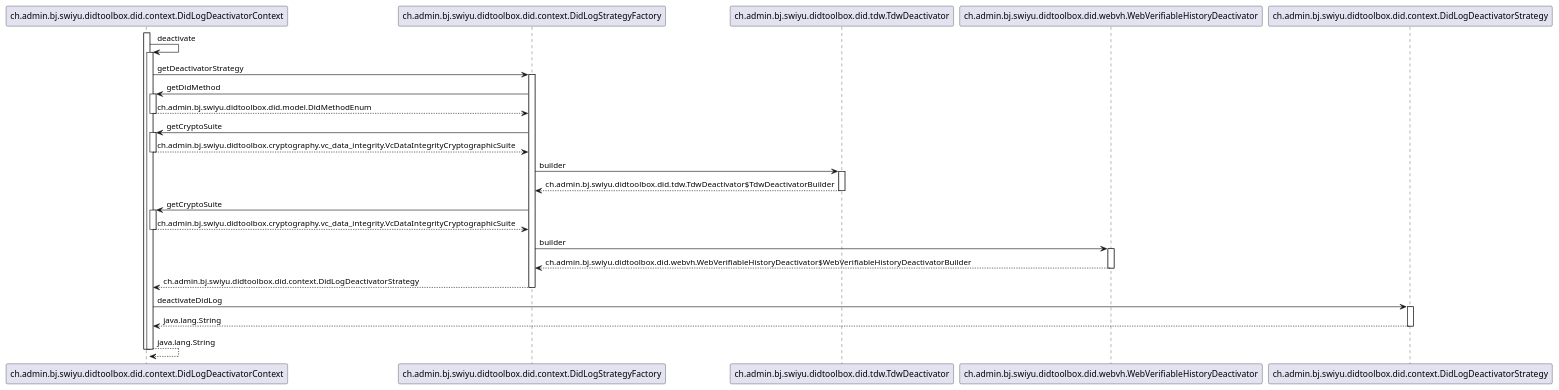
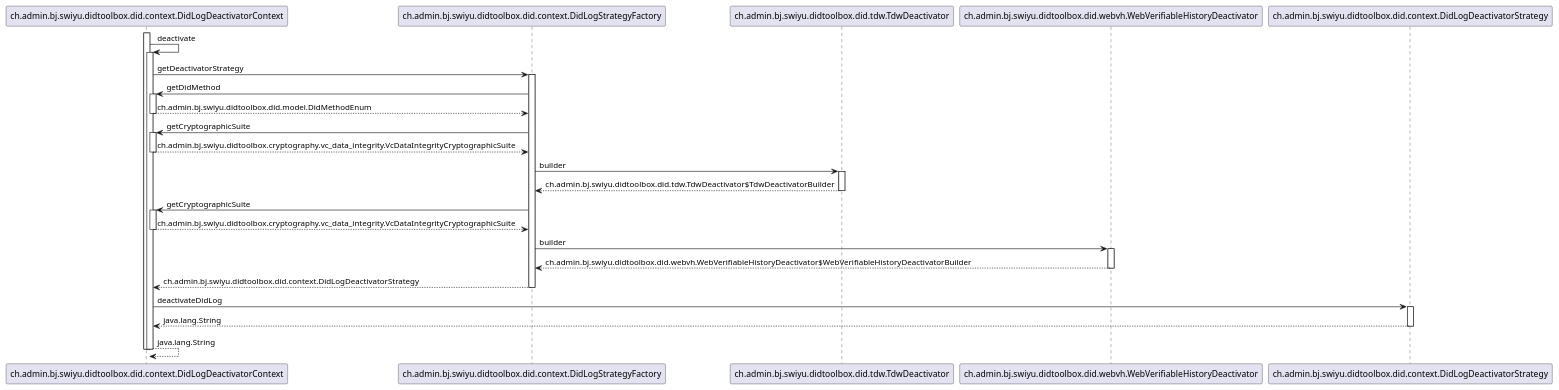
Before and after one commit to swiyu-admin-ch/didtoolbox-java: the diagram in src/main/plantuml/DidLogDeactivatorContext-deactivate.puml, drawn with PlantUML. The commit also changed 50 other files, not shown here.

```diff
--- a/src/main/plantuml/DidLogDeactivatorContext-deactivate.puml
+++ b/src/main/plantuml/DidLogDeactivatorContext-deactivate.puml
@@ -2,44 +2,44 @@
 @startuml
 
 participant ch.admin.bj.swiyu.didtoolbox.did.context.DidLogDeactivatorContext
 participant ch.admin.bj.swiyu.didtoolbox.did.context.DidLogStrategyFactory
 participant ch.admin.bj.swiyu.didtoolbox.did.tdw.TdwDeactivator
 participant ch.admin.bj.swiyu.didtoolbox.did.webvh.WebVerifiableHistoryDeactivator
 participant ch.admin.bj.swiyu.didtoolbox.did.context.DidLogDeactivatorStrategy
 
 activate ch.admin.bj.swiyu.didtoolbox.did.context.DidLogDeactivatorContext
 	ch.admin.bj.swiyu.didtoolbox.did.context.DidLogDeactivatorContext -> ch.admin.bj.swiyu.didtoolbox.did.context.DidLogDeactivatorContext : deactivate
 	activate ch.admin.bj.swiyu.didtoolbox.did.context.DidLogDeactivatorContext
 		ch.admin.bj.swiyu.didtoolbox.did.context.DidLogDeactivatorContext -> ch.admin.bj.swiyu.didtoolbox.did.context.DidLogStrategyFactory : getDeactivatorStrategy
 		activate ch.admin.bj.swiyu.didtoolbox.did.context.DidLogStrategyFactory
 			ch.admin.bj.swiyu.didtoolbox.did.context.DidLogStrategyFactory -> ch.admin.bj.swiyu.didtoolbox.did.context.DidLogDeactivatorContext : getDidMethod
 			activate ch.admin.bj.swiyu.didtoolbox.did.context.DidLogDeactivatorContext
 				ch.admin.bj.swiyu.didtoolbox.did.context.DidLogDeactivatorContext --> ch.admin.bj.swiyu.didtoolbox.did.context.DidLogStrategyFactory : ch.admin.bj.swiyu.didtoolbox.did.model.DidMethodEnum
 			deactivate ch.admin.bj.swiyu.didtoolbox.did.context.DidLogDeactivatorContext
-			ch.admin.bj.swiyu.didtoolbox.did.context.DidLogStrategyFactory -> ch.admin.bj.swiyu.didtoolbox.did.context.DidLogDeactivatorContext : getCryptoSuite
+			ch.admin.bj.swiyu.didtoolbox.did.context.DidLogStrategyFactory -> ch.admin.bj.swiyu.didtoolbox.did.context.DidLogDeactivatorContext : getCryptographicSuite
 			activate ch.admin.bj.swiyu.didtoolbox.did.context.DidLogDeactivatorContext
 				ch.admin.bj.swiyu.didtoolbox.did.context.DidLogDeactivatorContext --> ch.admin.bj.swiyu.didtoolbox.did.context.DidLogStrategyFactory : ch.admin.bj.swiyu.didtoolbox.cryptography.vc_data_integrity.VcDataIntegrityCryptographicSuite
 			deactivate ch.admin.bj.swiyu.didtoolbox.did.context.DidLogDeactivatorContext
 			ch.admin.bj.swiyu.didtoolbox.did.context.DidLogStrategyFactory -> ch.admin.bj.swiyu.didtoolbox.did.tdw.TdwDeactivator : builder
 			activate ch.admin.bj.swiyu.didtoolbox.did.tdw.TdwDeactivator
 				ch.admin.bj.swiyu.didtoolbox.did.tdw.TdwDeactivator --> ch.admin.bj.swiyu.didtoolbox.did.context.DidLogStrategyFactory : ch.admin.bj.swiyu.didtoolbox.did.tdw.TdwDeactivator$TdwDeactivatorBuilder
 			deactivate ch.admin.bj.swiyu.didtoolbox.did.tdw.TdwDeactivator
-			ch.admin.bj.swiyu.didtoolbox.did.context.DidLogStrategyFactory -> ch.admin.bj.swiyu.didtoolbox.did.context.DidLogDeactivatorContext : getCryptoSuite
+			ch.admin.bj.swiyu.didtoolbox.did.context.DidLogStrategyFactory -> ch.admin.bj.swiyu.didtoolbox.did.context.DidLogDeactivatorContext : getCryptographicSuite
 			activate ch.admin.bj.swiyu.didtoolbox.did.context.DidLogDeactivatorContext
 				ch.admin.bj.swiyu.didtoolbox.did.context.DidLogDeactivatorContext --> ch.admin.bj.swiyu.didtoolbox.did.context.DidLogStrategyFactory : ch.admin.bj.swiyu.didtoolbox.cryptography.vc_data_integrity.VcDataIntegrityCryptographicSuite
 			deactivate ch.admin.bj.swiyu.didtoolbox.did.context.DidLogDeactivatorContext
 			ch.admin.bj.swiyu.didtoolbox.did.context.DidLogStrategyFactory -> ch.admin.bj.swiyu.didtoolbox.did.webvh.WebVerifiableHistoryDeactivator : builder
 			activate ch.admin.bj.swiyu.didtoolbox.did.webvh.WebVerifiableHistoryDeactivator
 				ch.admin.bj.swiyu.didtoolbox.did.webvh.WebVerifiableHistoryDeactivator --> ch.admin.bj.swiyu.didtoolbox.did.context.DidLogStrategyFactory : ch.admin.bj.swiyu.didtoolbox.did.webvh.WebVerifiableHistoryDeactivator$WebVerifiableHistoryDeactivatorBuilder
 			deactivate ch.admin.bj.swiyu.didtoolbox.did.webvh.WebVerifiableHistoryDeactivator
 			ch.admin.bj.swiyu.didtoolbox.did.context.DidLogStrategyFactory --> ch.admin.bj.swiyu.didtoolbox.did.context.DidLogDeactivatorContext : ch.admin.bj.swiyu.didtoolbox.did.context.DidLogDeactivatorStrategy
 		deactivate ch.admin.bj.swiyu.didtoolbox.did.context.DidLogStrategyFactory
 		ch.admin.bj.swiyu.didtoolbox.did.context.DidLogDeactivatorContext -> ch.admin.bj.swiyu.didtoolbox.did.context.DidLogDeactivatorStrategy : deactivateDidLog
 		activate ch.admin.bj.swiyu.didtoolbox.did.context.DidLogDeactivatorStrategy
 			ch.admin.bj.swiyu.didtoolbox.did.context.DidLogDeactivatorStrategy --> ch.admin.bj.swiyu.didtoolbox.did.context.DidLogDeactivatorContext : java.lang.String
 		deactivate ch.admin.bj.swiyu.didtoolbox.did.context.DidLogDeactivatorStrategy
 		ch.admin.bj.swiyu.didtoolbox.did.context.DidLogDeactivatorContext --> ch.admin.bj.swiyu.didtoolbox.did.context.DidLogDeactivatorContext : java.lang.String
 	deactivate ch.admin.bj.swiyu.didtoolbox.did.context.DidLogDeactivatorContext
 deactivate ch.admin.bj.swiyu.didtoolbox.did.context.DidLogDeactivatorContext
 
 @enduml
```
